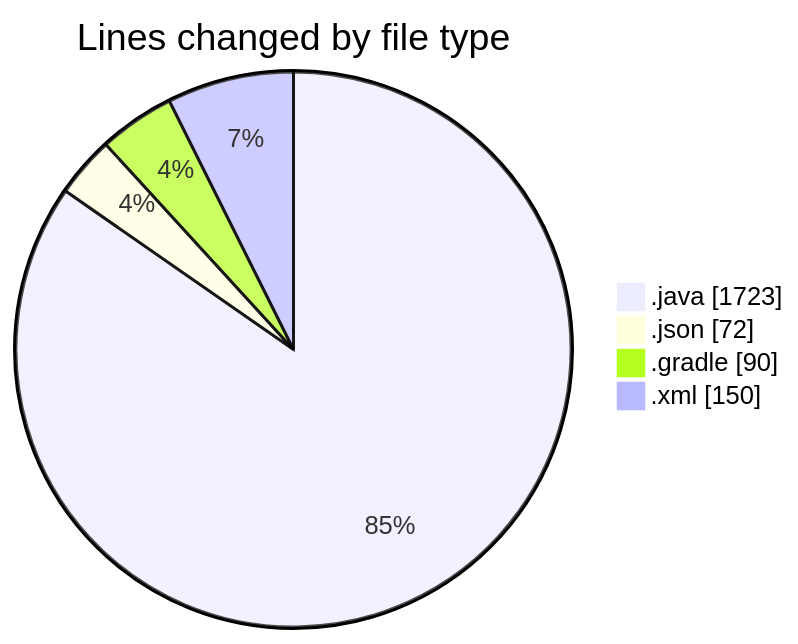
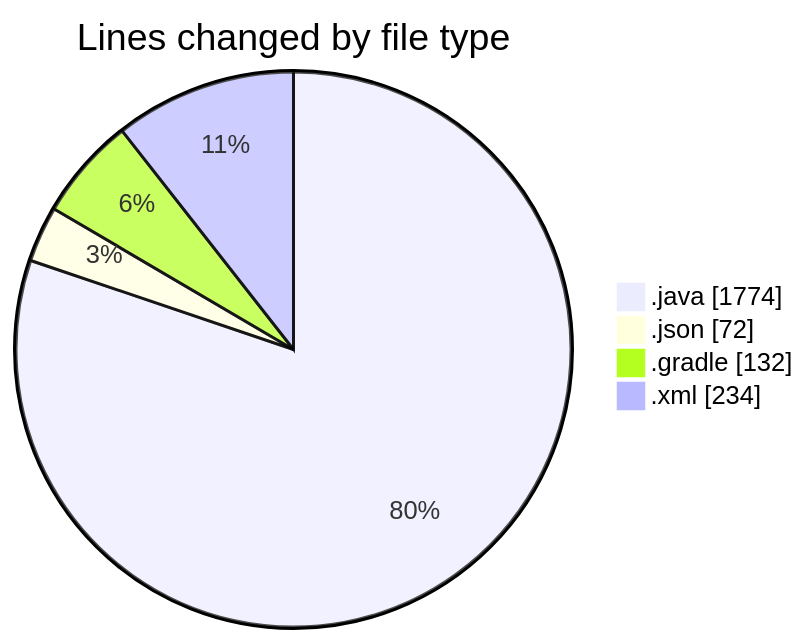
The first of 2 diagrams in 2025-02-22/micros/README.md (charlie-sans/code-tracking), drawn with Mermaid before and after one commit. The commit also changed other lines of this file and 1 other file, not shown here.

````diff
--- a/2025-02-22/micros/README.md
+++ b/2025-02-22/micros/README.md
@@ -31,8 +31,8 @@
 ```mermaid
 pie showData
 title Lines changed by file type
-".java" : 1723
+".java" : 1774
 ".json" : 72
-".gradle" : 90
-".xml" : 150
+".gradle" : 132
+".xml" : 234
 ```
````
